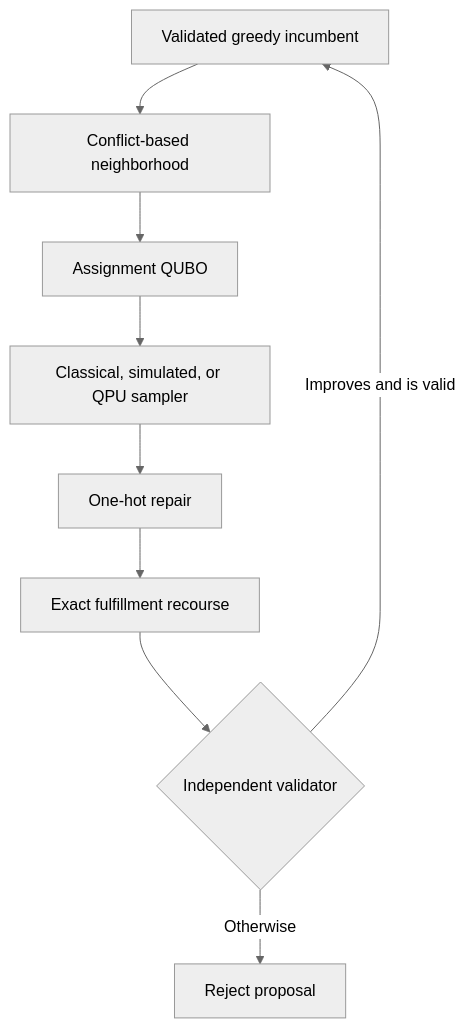
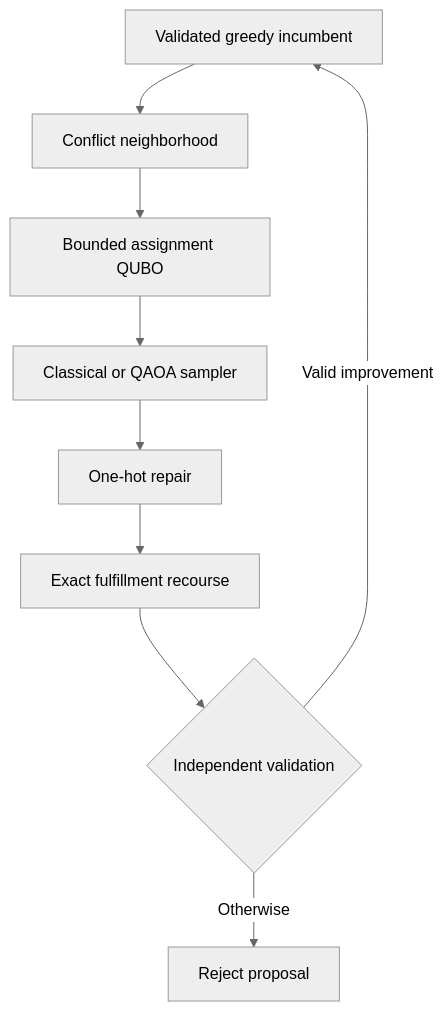
The diagram in README.md (apomorovv/wiser-dom-optimization), drawn with Mermaid (neutral theme) before and after one commit. The commit also changed other lines of this file and 47 other files, not shown here.

````diff
--- a/README.md
+++ b/README.md
@@ -61,11 +69,11 @@
 ```mermaid
 flowchart TD
-    A["Validated greedy incumbent"] --> B["Conflict-based neighborhood"]
-    B --> C["Assignment QUBO"]
-    C --> D["Classical, simulated, or QPU sampler"]
+    A["Validated greedy incumbent"] --> B["Conflict neighborhood"]
+    B --> C["Bounded assignment QUBO"]
+    C --> D["Classical or QAOA sampler"]
     D --> E["One-hot repair"]
     E --> F["Exact fulfillment recourse"]
-    F --> G{"Independent validator"}
-    G -->|Improves and is valid| A
+    F --> G{"Independent validation"}
+    G -->|Valid improvement| A
     G -->|Otherwise| H["Reject proposal"]
 ```
````
